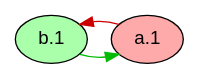
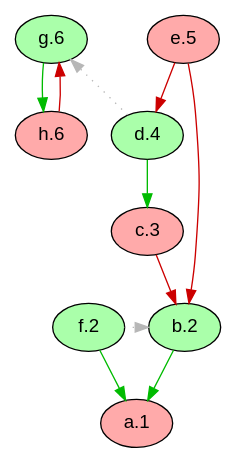
The diagram in lib/graphs/game_pw1_graph_colored.dot (idaks/Games-and-Argumentation), drawn with Graphviz before and after one commit. The commit also changed 27 other files, not shown here.

```diff
--- a/lib/graphs/game_pw1_graph_colored.dot
+++ b/lib/graphs/game_pw1_graph_colored.dot
@@ -1,14 +1,30 @@
 digraph G {
   rankdir="TB"
   node [shape=oval style=filled fontname=Helvetica fontsize=14]
   node [fillcolor="#AAFFAA" fontcolor="#000000"] 
-       b[label="b.1"]
+       b[label="b.2"] 
+       f[label="f.2"] 
+       d[label="d.4"] 
+       g[label="g.6"]
   node [fillcolor="#FFAAAA" fontcolor="#000000"] 
-       a[label="a.1"]
+       a[label="a.1"] 
+       c[label="c.3"] 
+       e[label="e.5"] 
+       h[label="h.6"]
   edge [dir=forward color="#00BB00" style="solid"]
         "b" -> "a" 
+        "f" -> "a" 
+        "d" -> "c" 
+        "g" -> "h" 
   edge [dir=forward color="#CC0000" style="solid"]
-        "a" -> "b" 
+        "c" -> "b" 
+        "e" -> "b" 
+        "e" -> "d" 
+        "h" -> "g" 
+  edge [dir=forward color="#b7b7b7" style="dotted" constraint=false]
+        "f" -> "b" 
+        "d" -> "g" 
 
-  {rank = max b a}
+  {rank = max a}
+  {rank = min e}
 }
```
